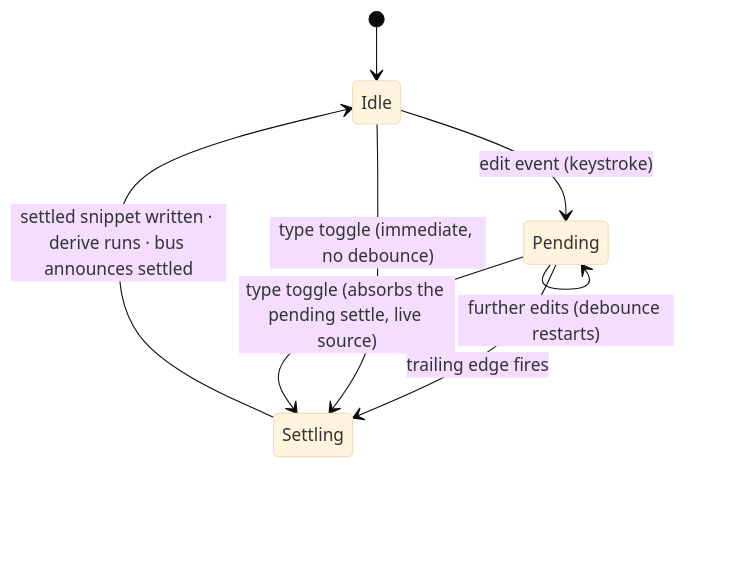
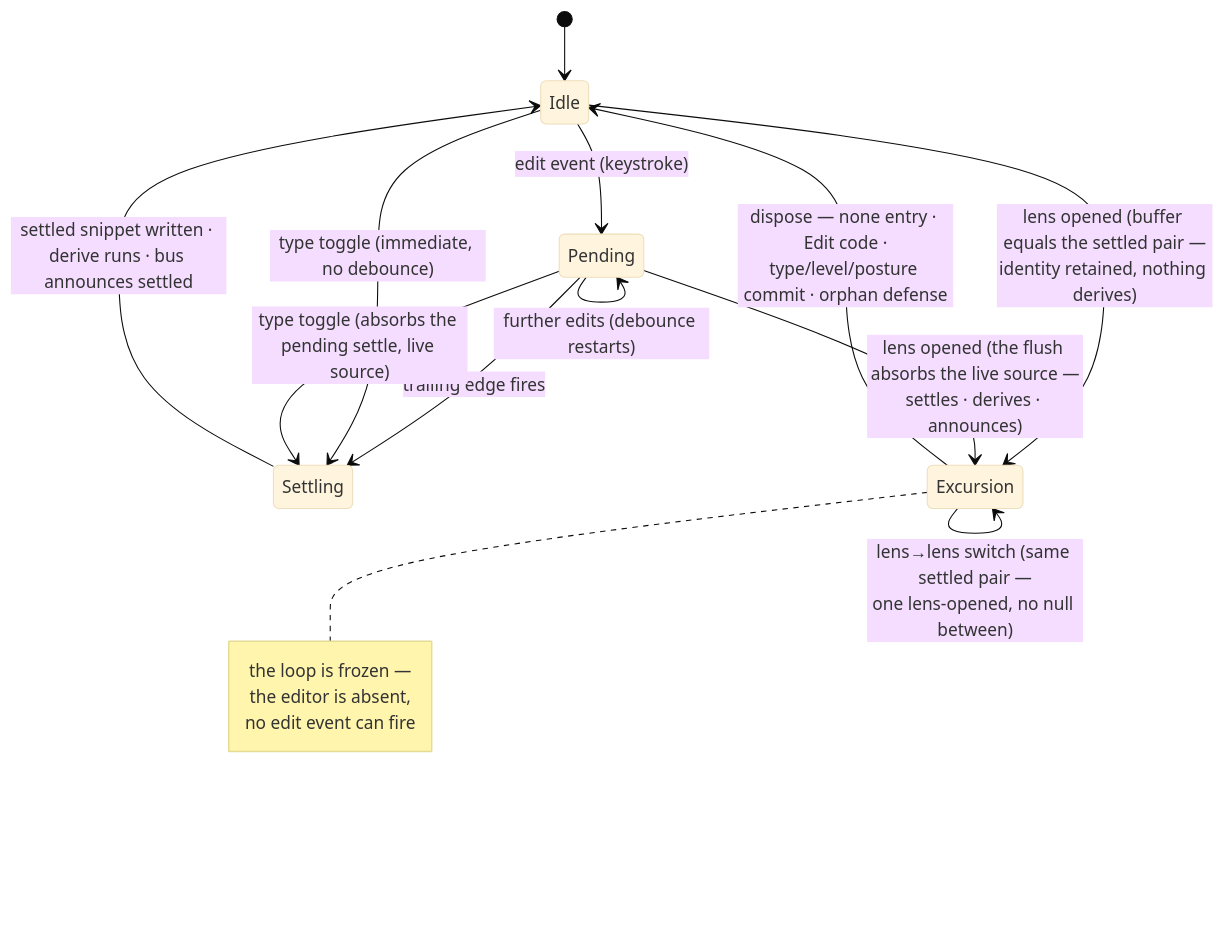
Before and after one commit to codeschoolinabox/curricula: the second of 2 diagrams in src/lib/study-lenses/orchestrate/DOCS.md, drawn with Mermaid (base theme). The commit also changed other lines of this file and 9 other files, not shown here.

````diff
--- a/src/lib/study-lenses/orchestrate/DOCS.md
+++ b/src/lib/study-lenses/orchestrate/DOCS.md
@@ -142,10 +169,15 @@
 ```mermaid
 stateDiagram-v2
     [*] --> Idle
     Idle --> Pending: edit event (keystroke)
     Pending --> Pending: further edits (debounce restarts)
     Pending --> Settling: trailing edge fires
     Idle --> Settling: type toggle (immediate, no debounce)
     Pending --> Settling: type toggle (absorbs the pending settle, live source)
     Settling --> Idle: settled snippet written · derive runs · bus announces settled
+    Idle --> Excursion: lens opened (buffer equals the settled pair —<br/>identity retained, nothing derives)
+    Pending --> Excursion: lens opened (the flush absorbs the live source —<br/>settles · derives · announces)
+    Excursion --> Excursion: lens→lens switch (same settled pair —<br/>one lens-opened, no null between)
+    Excursion --> Idle: dispose — none entry · Edit code ·<br/>type/level/posture commit · orphan defense
+    note right of Excursion: the loop is frozen —<br/>the editor is absent,<br/>no edit event can fire
 ```
````
